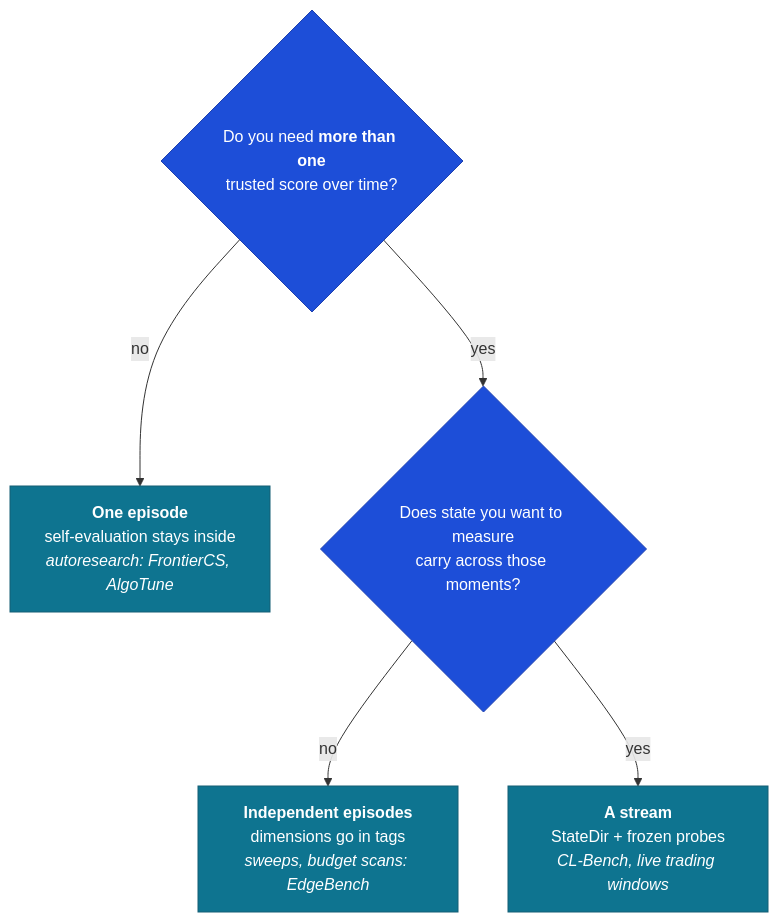
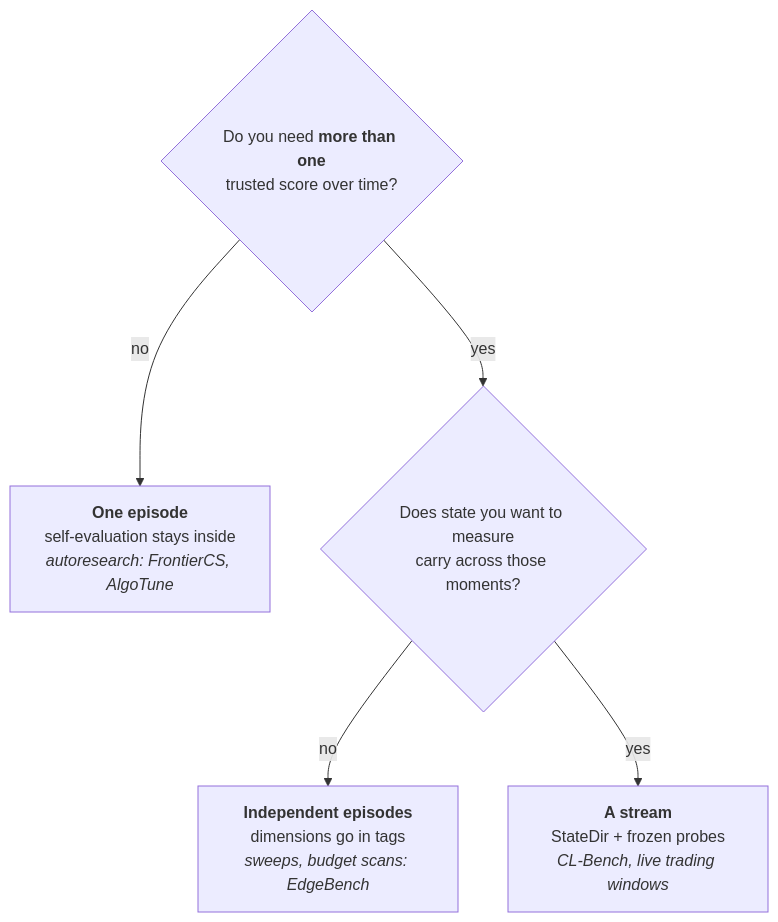
The second of 5 diagrams in README.md (Human-Agent-Society/tide-eval), drawn with Mermaid before and after one commit. The commit also changed other lines of this file and 2 other files, not shown here.

First line of the commit message:
Plain diagrams, e2e workflow with oracle gate

````diff
--- a/README.md
+++ b/README.md
@@ -118,13 +109,9 @@
 ```mermaid
 flowchart TD
     Q1{"Do you need <b>more than one</b><br/>trusted score over time?"}
     Q1 -->|no| E["<b>One episode</b><br/>self-evaluation stays inside<br/><i>autoresearch: FrontierCS, AlgoTune</i>"]
     Q1 -->|yes| Q2{"Does state you want to measure<br/>carry across those moments?"}
     Q2 -->|no| I["<b>Independent episodes</b><br/>dimensions go in tags<br/><i>sweeps, budget scans: EdgeBench</i>"]
     Q2 -->|yes| S["<b>A stream</b><br/>StateDir + frozen probes<br/><i>CL-Bench, live trading windows</i>"]
 
-    classDef q fill:#1d4ed8,stroke:#1e40af,color:#ffffff
-    classDef a fill:#0e7490,stroke:#155e75,color:#ffffff
-    class Q1,Q2 q
-    class E,I,S a
 ```
````
